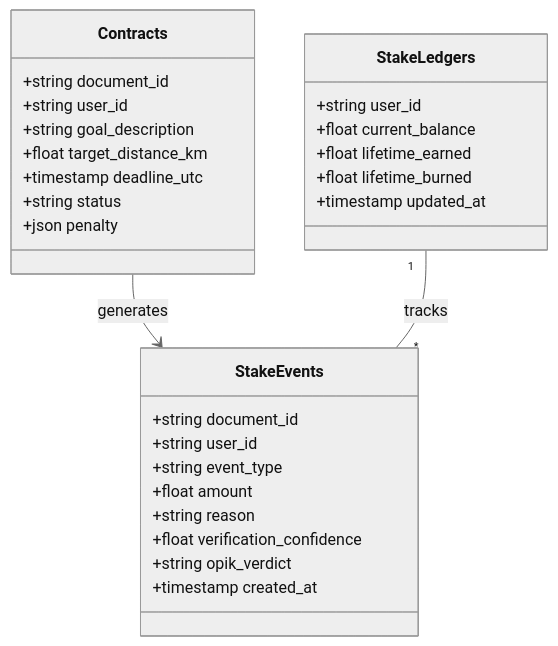
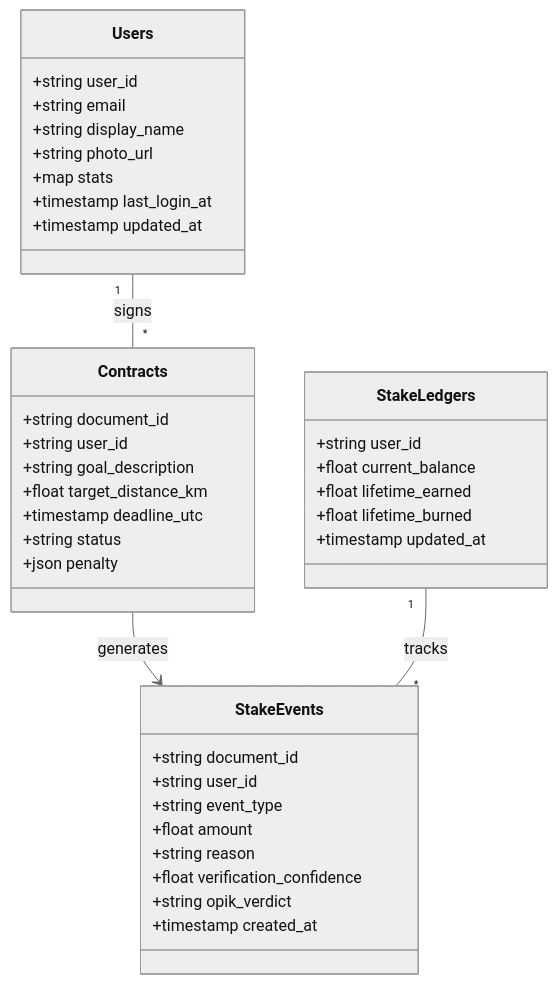
Before and after one commit to kkadapa/PACT: the diagram in README.md, drawn with Mermaid (neutral theme). The commit also changed 1 other file, not shown here.

Commit message:
updated Readme with user details

````diff
--- a/README.md
+++ b/README.md
@@ -156,34 +156,45 @@
 ```mermaid
 classDiagram
+    class Users {
+        +string user_id
+        +string email
+        +string display_name
+        +string photo_url
+        +map stats
+        +timestamp last_login_at
+        +timestamp updated_at
+    }
+
     class Contracts {
         +string document_id
         +string user_id
         +string goal_description
         +float target_distance_km
         +timestamp deadline_utc
         +string status
         +json penalty
     }
 
     class StakeLedgers {
         +string user_id
         +float current_balance
         +float lifetime_earned
         +float lifetime_burned
         +timestamp updated_at
     }
 
     class StakeEvents {
         +string document_id
         +string user_id
         +string event_type
         +float amount
         +string reason
         +float verification_confidence
         +string opik_verdict
         +timestamp created_at
     }
 
+    Users "1" -- "*" Contracts : signs
     Contracts --> StakeEvents : generates
     StakeLedgers "1" -- "*" StakeEvents : tracks
 ```
````
